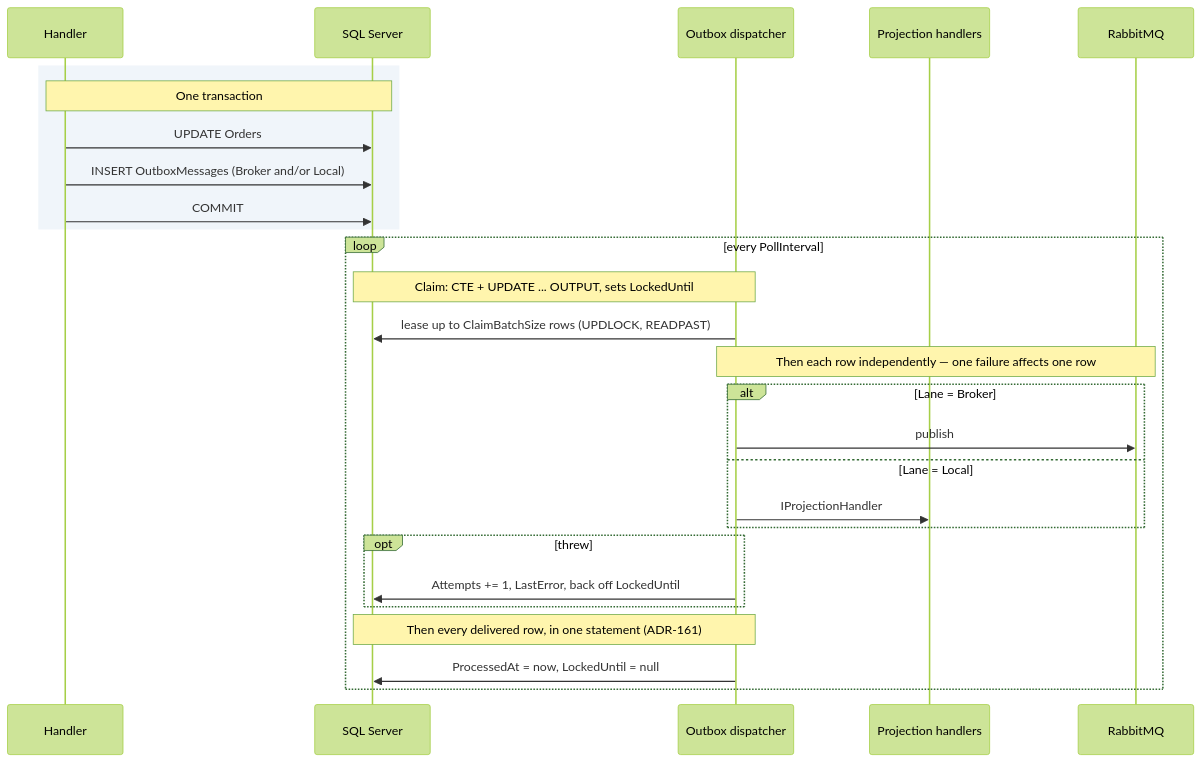
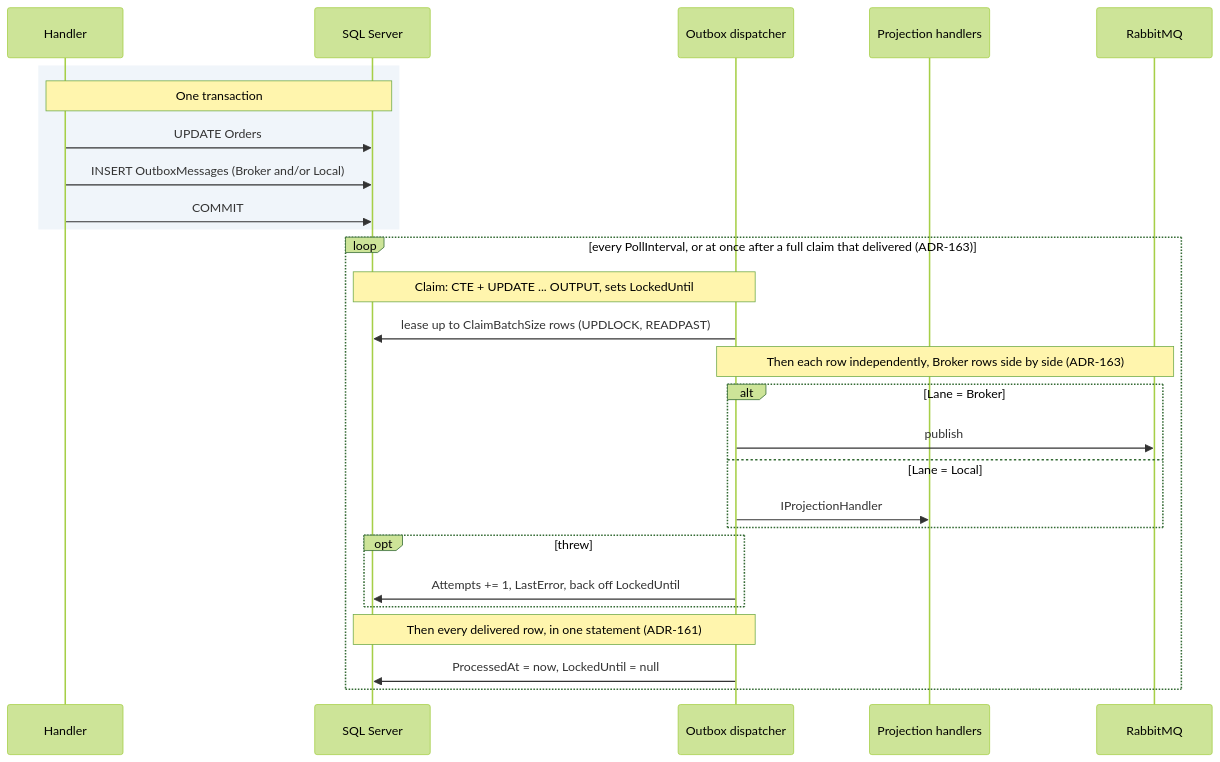
Before and after one commit to alexander-shamray/blueprint-backend: the first of 2 diagrams in docs/backend-architecture/09-messaging.md, drawn with Mermaid (forest theme). The commit also changed other lines of this file and 7 other files, not shown here.

````diff
--- a/docs/backend-architecture/09-messaging.md
+++ b/docs/backend-architecture/09-messaging.md
@@ -440,34 +440,34 @@
 ```mermaid
 sequenceDiagram
     participant H as Handler
     participant DB as SQL Server
     participant D as Outbox dispatcher
     participant P as Projection handlers
     participant MQ as RabbitMQ
 
     rect rgb(240, 245, 250)
     Note over H,DB: One transaction
     H->>DB: UPDATE Orders
     H->>DB: INSERT OutboxMessages (Broker and/or Local)
     H->>DB: COMMIT
     end
 
-    loop every PollInterval
+    loop every PollInterval, or at once after a full claim that delivered (ADR-163)
         Note over D,DB: Claim: CTE + UPDATE ... OUTPUT, sets LockedUntil
         D->>DB: lease up to ClaimBatchSize rows (UPDLOCK, READPAST)
 
-        Note over D,MQ: Then each row independently — one failure affects one row
+        Note over D,MQ: Then each row independently, Broker rows side by side (ADR-163)
         alt Lane = Broker
             D->>MQ: publish
         else Lane = Local
             D->>P: IProjectionHandler
         end
 
         opt threw
             D->>DB: Attempts += 1, LastError, back off LockedUntil
         end
 
         Note over D,DB: Then every delivered row, in one statement (ADR-161)
         D->>DB: ProcessedAt = now, LockedUntil = null
     end
 ```
````
